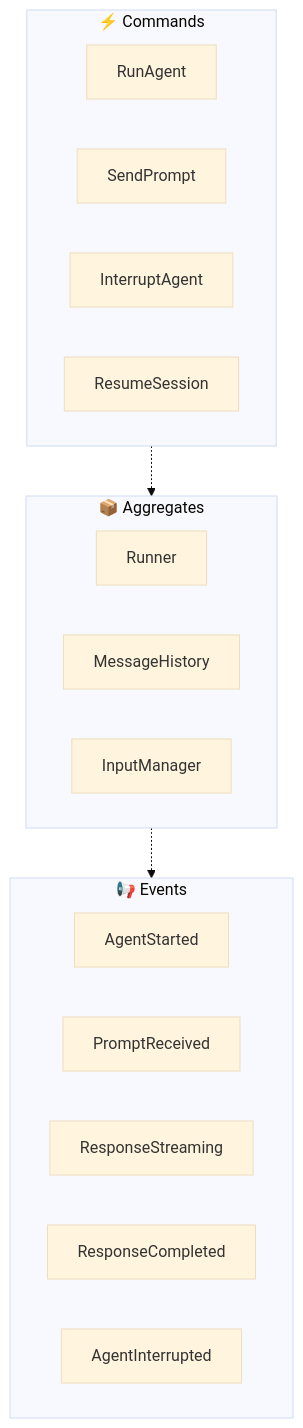
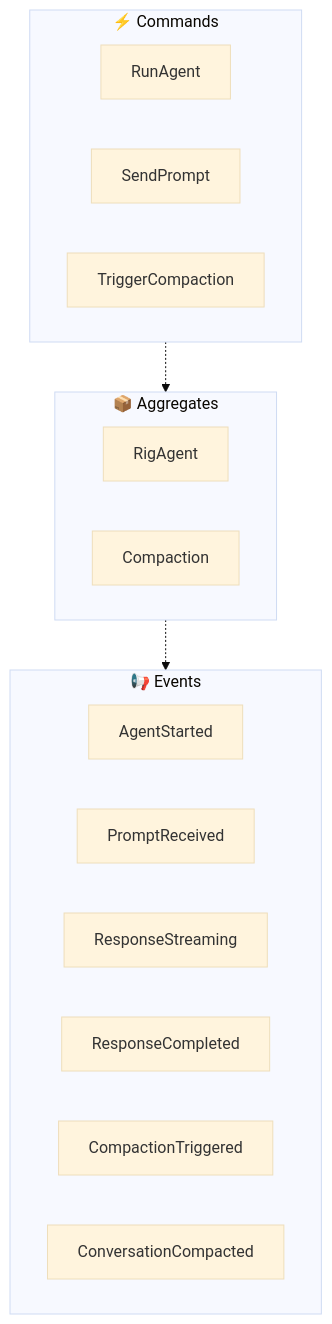
Before and after one commit to sengac/fspec: the second of 5 diagrams in codelet/spec/FOUNDATION.md, drawn with Mermaid (base theme). The commit also changed other lines of this file and 39 other files, not shown here.

````diff
--- a/codelet/spec/FOUNDATION.md
+++ b/codelet/spec/FOUNDATION.md
@@ -84,26 +82,25 @@
 ```mermaid
 flowchart TB
   subgraph Commands["⚡ Commands"]
-    C50[RunAgent]
-    C51[SendPrompt]
-    C52[InterruptAgent]
-    C53[ResumeSession]
+    C49[RunAgent]
+    C50[SendPrompt]
+    C51[TriggerCompaction]
   end
 
   subgraph Aggregates["📦 Aggregates"]
-    A6[Runner]
-    A7[MessageHistory]
-    A8[InputManager]
+    A5[RigAgent]
+    A6[Compaction]
   end
 
   subgraph Events["📢 Events"]
-    E27[AgentStarted]
-    E28[PromptReceived]
-    E29[ResponseStreaming]
-    E30[ResponseCompleted]
-    E31[AgentInterrupted]
+    E28[AgentStarted]
+    E29[PromptReceived]
+    E30[ResponseStreaming]
+    E31[ResponseCompleted]
+    E32[CompactionTriggered]
+    E33[ConversationCompacted]
   end
 
   Commands -.-> Aggregates
   Aggregates -.-> Events
 ```
````
